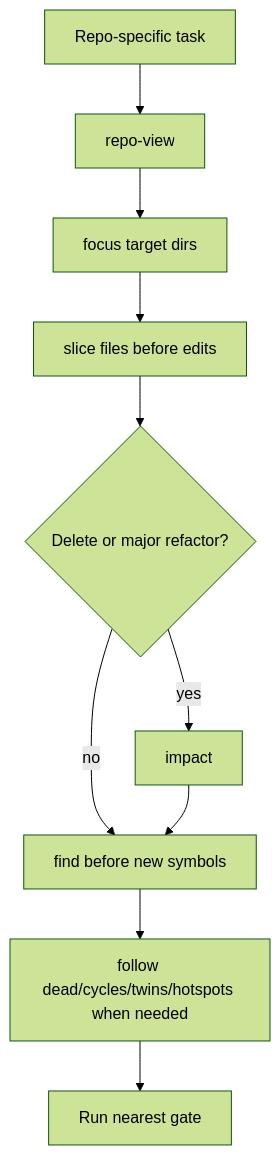
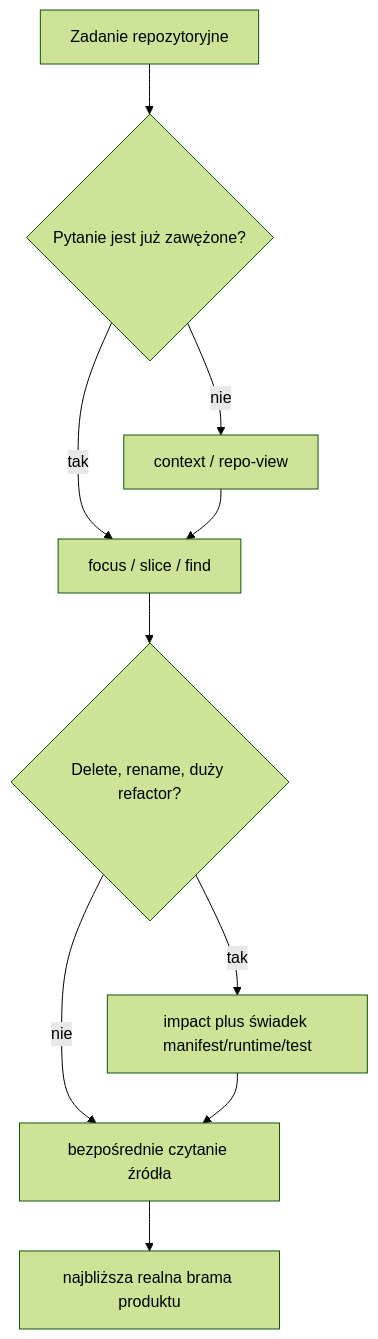
Before and after one commit to VetCoders/vibecrafted: the diagram in vibecrafted-core/vibecrafted_core/skills/pl/vc-loctree/FLOW.md, drawn with Mermaid (forest theme). The commit also changed other lines of this file and 405 other files, not shown here.

````diff
--- a/vibecrafted-core/vibecrafted_core/skills/pl/vc-loctree/FLOW.md
+++ b/vibecrafted-core/vibecrafted_core/skills/pl/vc-loctree/FLOW.md
@@ -5,12 +3,12 @@
 ```mermaid
 flowchart TD
-    A[Repo-specific task] --> B[repo-view]
-    B --> C[focus target dirs]
-    C --> D[slice files before edits]
-    D --> E{Delete or major refactor?}
-    E -->|yes| F[impact]
-    E -->|no| G[find before new symbols]
+    A[Zadanie repozytoryjne] --> B{Pytanie jest już zawężone?}
+    B -->|nie| C[context / repo-view]
+    B -->|tak| D[focus / slice / find]
+    C --> D
+    D --> E{Delete, rename, duży refactor?}
+    E -->|tak| F[impact plus świadek manifest/runtime/test]
+    E -->|nie| G[bezpośrednie czytanie źródła]
     F --> G
-    G --> H[follow dead/cycles/twins/hotspots when needed]
-    H --> I[Run nearest gate]
+    G --> H[najbliższa realna brama produktu]
 ```
````
